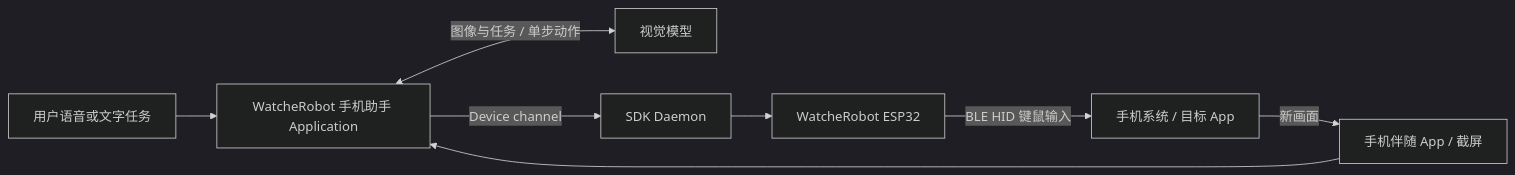
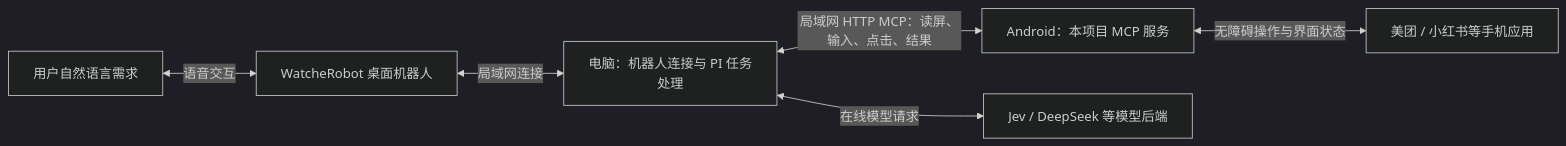
One commit to orulink-ai/WatcherRobotPhone changed the diagram in README.md. Above: the diagram before and after it, drawn with Mermaid (dark theme). The commit also changed other lines of this file and 4 other files, not shown here.

````diff
--- a/README.md
+++ b/README.md
@@ -23,10 +9,8 @@
 ```mermaid
 flowchart LR
-    Task[用户语音或文字任务] --> Agent[WatcheRobot 手机助手 Application]
-    Phone[手机伴随 App / 截屏] --> Agent
-    Agent <-->|图像与任务 / 单步动作| Model[视觉模型]
-    Agent -->|Device channel| Daemon[SDK Daemon]
-    Daemon --> ESP[WatcheRobot ESP32]
-    ESP -->|BLE HID 键鼠输入| OS[手机系统 / 目标 App]
-    OS -->|新画面| Phone
+    User[用户自然语言需求] <-->|语音交互| Robot[WatcheRobot 桌面机器人]
+    Robot <-->|局域网连接| Computer[电脑：机器人连接与 PI 任务处理]
+    Computer <-->|局域网 HTTP MCP：读屏、输入、点击、结果| Phone[Android：本项目 MCP 服务]
+    Phone <-->|无障碍操作与界面状态| Apps[美团 / 小红书等手机应用]
+    Computer <-->|在线模型请求| Cloud[Jev / DeepSeek 等模型后端]
 ```
````
